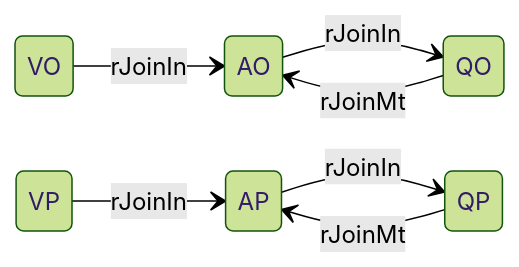
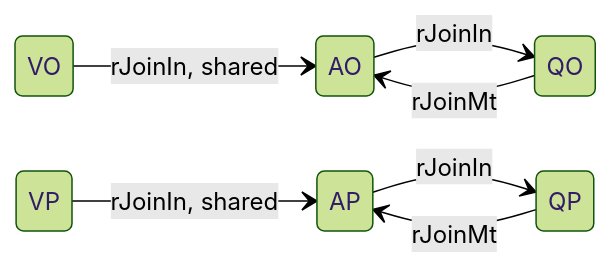
Before and after one commit to kebag-logic/lwSRP: the third of 8 diagrams in doc/developer.md, drawn with Mermaid (forest theme). The commit also changed other lines of this file and 6 other files, not shown here.

```diff
--- a/doc/developer.md
+++ b/doc/developer.md
@@ -103,10 +114,10 @@
 ~~~mermaid
 stateDiagram-v2
     direction LR
-    VO --> AO: rJoinIn
+    VO --> AO: rJoinIn, shared
     AO --> QO: rJoinIn
     QO --> AO: rJoinMt
-    VP --> AP: rJoinIn
+    VP --> AP: rJoinIn, shared
     AP --> QP: rJoinIn
     QP --> AP: rJoinMt
 ~~~
```
